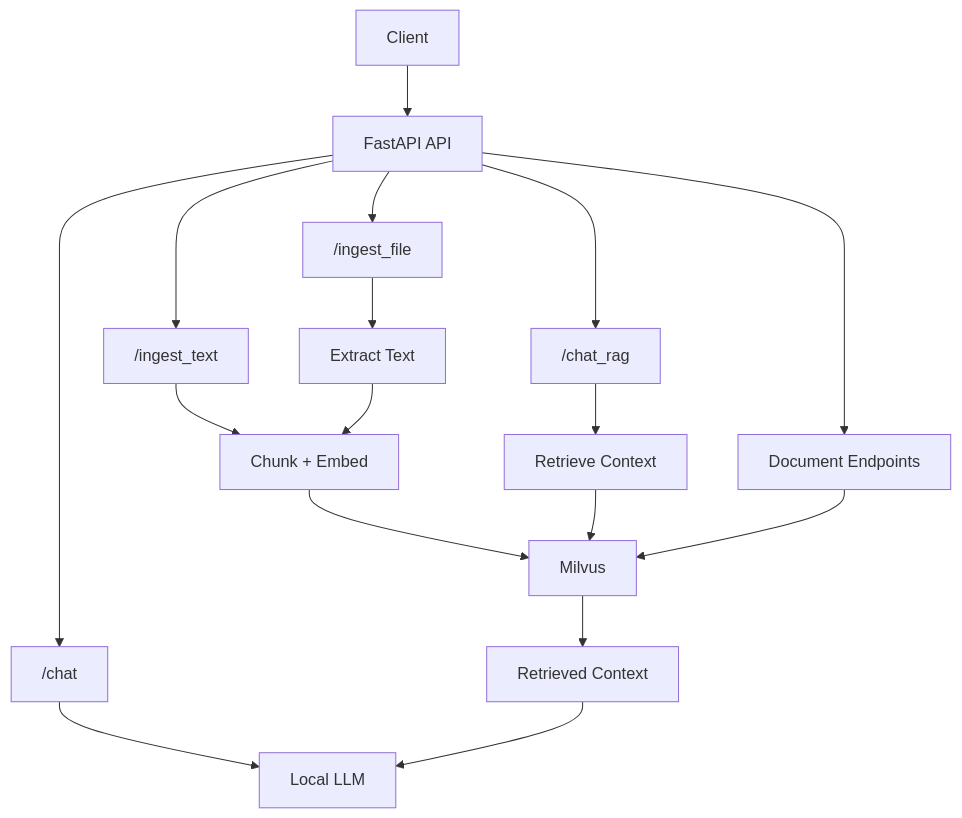
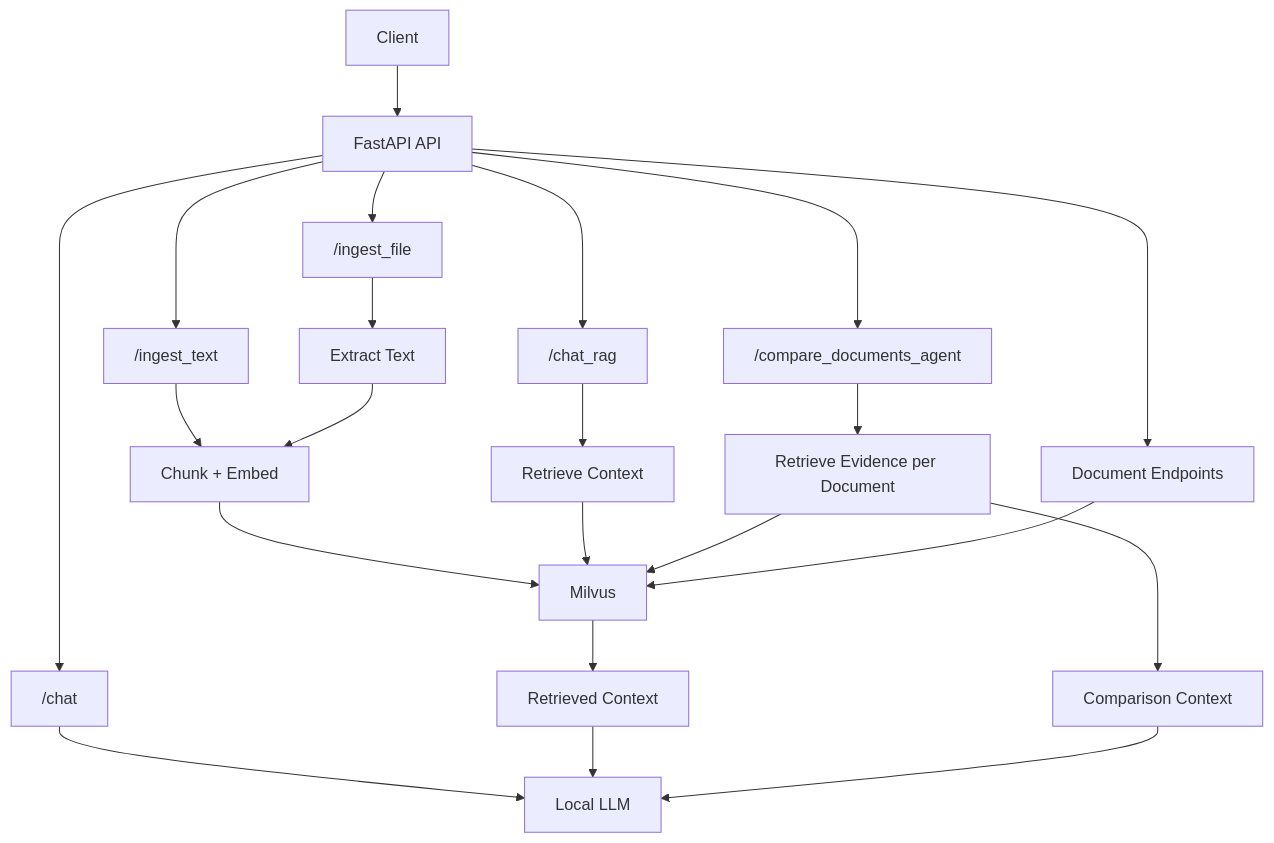
One commit to RomanSafovich/llm-mini-server changed the diagram in README.md. Above: the diagram before and after it, drawn with Mermaid. The commit also changed other lines of this file, not shown here.

Commit message:
Document LangGraph comparison endpoint

````diff
--- a/README.md
+++ b/README.md
@@ -19,25 +20,31 @@
 ```mermaid
 graph TD
     User["Client"] --> API["FastAPI API"]
 
     API --> Chat["/chat"]
     Chat --> LLM["Local LLM"]
 
     API --> TextIngest["/ingest_text"]
     TextIngest --> Embed["Chunk + Embed"]
 
     API --> FileIngest["/ingest_file"]
     FileIngest --> Extract["Extract Text"]
     Extract --> Embed
 
     Embed --> Store["Milvus"]
 
     API --> Rag["/chat_rag"]
     Rag --> Retrieve["Retrieve Context"]
     Retrieve --> Store
     Store --> Context["Retrieved Context"]
     Context --> LLM
 
+    API --> Compare["/compare_documents_agent"]
+    Compare --> CompareRetrieve["Retrieve Evidence per Document"]
+    CompareRetrieve --> Store
+    CompareRetrieve --> CompareContext["Comparison Context"]
+    CompareContext --> LLM
+
     API --> Docs["Document Endpoints"]
     Docs --> Store
 ```
````
